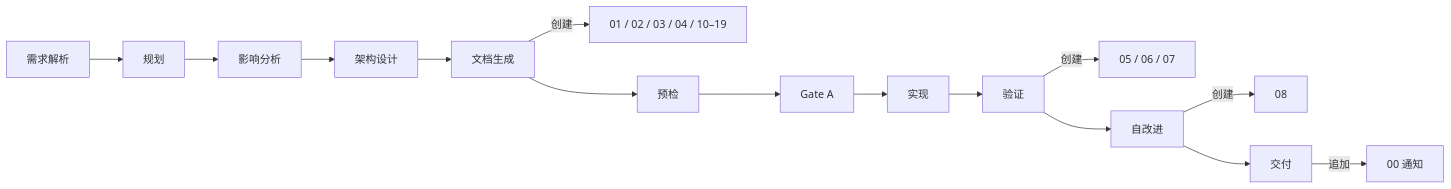
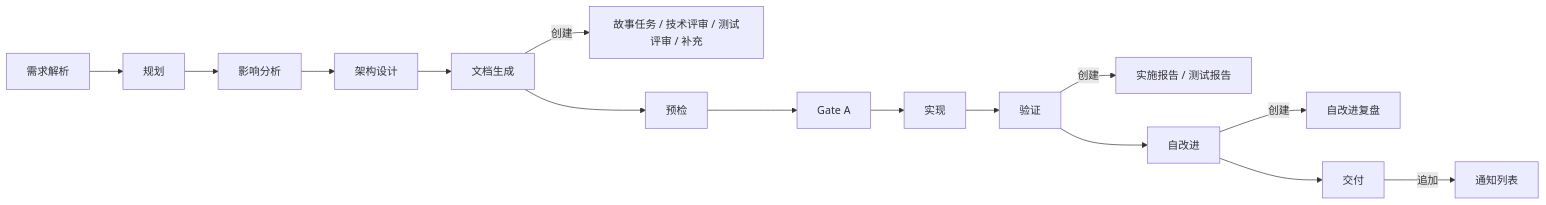
The second of 3 diagrams in skills/rui/coder.md (effiy/YrY), drawn with Mermaid before and after one commit. The commit also changed other lines of this file and 18 other files, not shown here.

````diff
--- a/skills/rui/coder.md
+++ b/skills/rui/coder.md
@@ -170,9 +111,9 @@
 ```mermaid
 flowchart LR
   A[需求解析] --> B[规划] --> C[影响分析] --> D[架构设计] --> E[文档生成]
-  E -->|创建| E1[01 / 02 / 03 / 04 / 10–19]
+  E -->|创建| E1[故事任务 / 技术评审 / 测试评审 / 补充]
   E --> F[预检] --> G[Gate A] --> H[实现] --> I[验证]
-  I -->|创建| I1[05 / 06 / 07]
-  I --> J[自改进] -->|创建| J1[08]
-  J --> K[交付] -->|追加| K1[00 通知]
+  I -->|创建| I1[实施报告 / 测试报告]
+  I --> J[自改进] -->|创建| J1[自改进复盘]
+  J --> K[交付] -->|追加| K1[通知列表]
 ```
````
